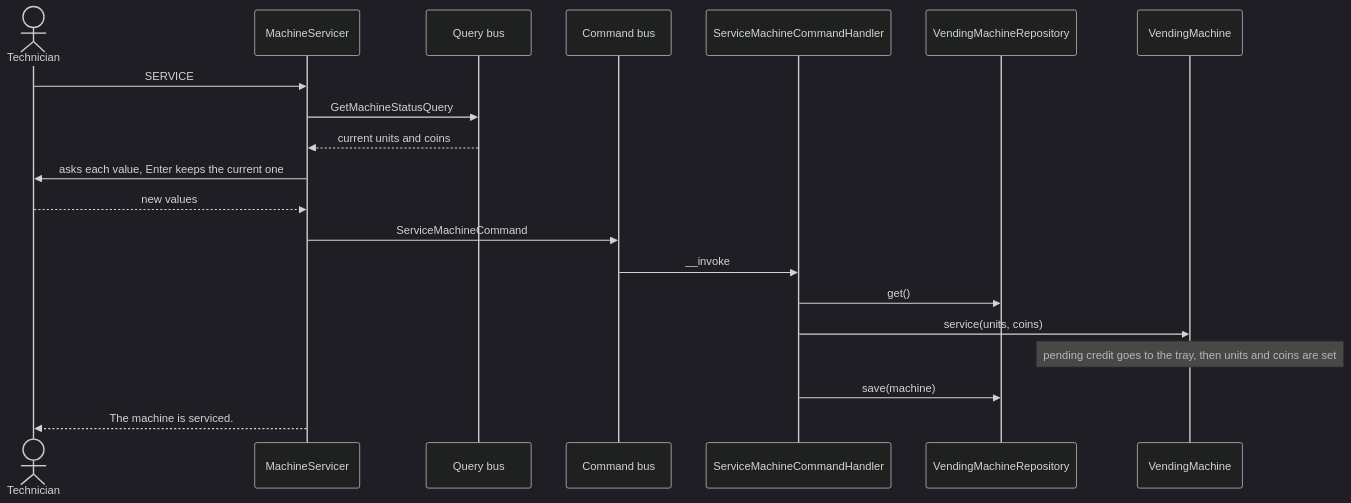
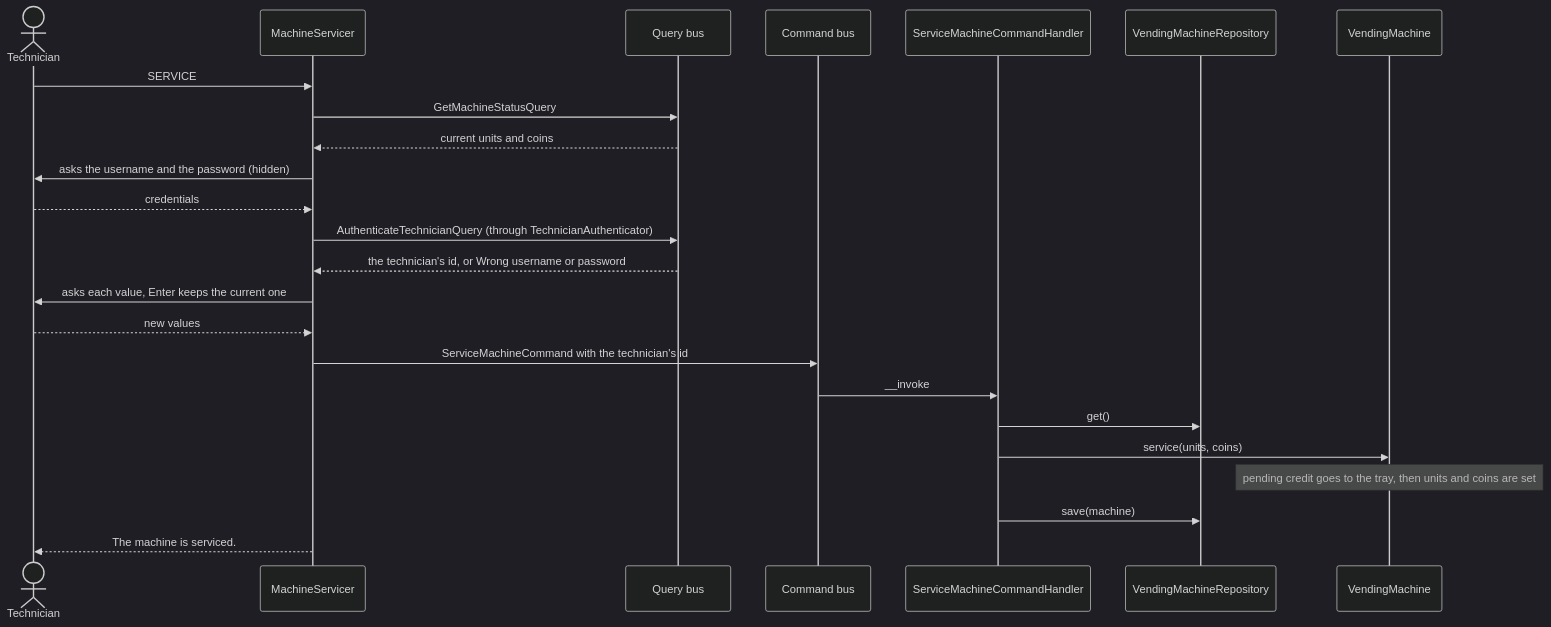
Before and after one commit to prubiella/vending-machine-challenge: the seventh of 8 diagrams in docs/design.md, drawn with Mermaid (dark theme). The commit also changed other lines of this file and 2 other files, not shown here.

First line of the commit message:
docs: record why the service command carries the technician's id

````diff
--- a/docs/design.md
+++ b/docs/design.md
@@ -325,22 +329,26 @@
 ```mermaid
 sequenceDiagram
     actor Technician
     participant Console as MachineServicer
     participant QBus as Query bus
     participant CBus as Command bus
     participant Handler as ServiceMachineCommandHandler
     participant Repo as VendingMachineRepository
     participant Machine as VendingMachine
     Technician->>Console: SERVICE
     Console->>QBus: GetMachineStatusQuery
     QBus-->>Console: current units and coins
+    Console->>Technician: asks the username and the password (hidden)
+    Technician-->>Console: credentials
+    Console->>QBus: AuthenticateTechnicianQuery (through TechnicianAuthenticator)
+    QBus-->>Console: the technician's id, or Wrong username or password
     Console->>Technician: asks each value, Enter keeps the current one
     Technician-->>Console: new values
-    Console->>CBus: ServiceMachineCommand
+    Console->>CBus: ServiceMachineCommand with the technician's id
     CBus->>Handler: __invoke
     Handler->>Repo: get()
     Handler->>Machine: service(units, coins)
     Note over Machine: pending credit goes to the tray, then units and coins are set
     Handler->>Repo: save(machine)
     Console-->>Technician: The machine is serviced.
 ```
````
